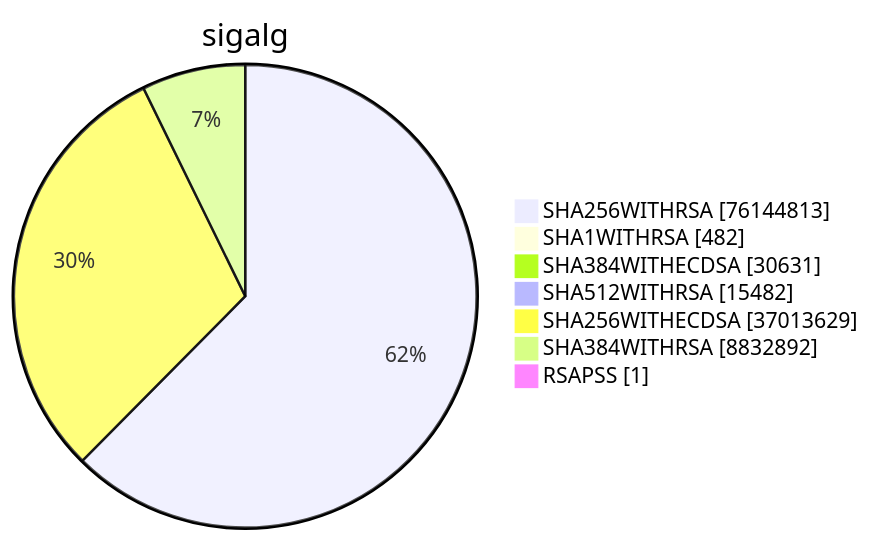
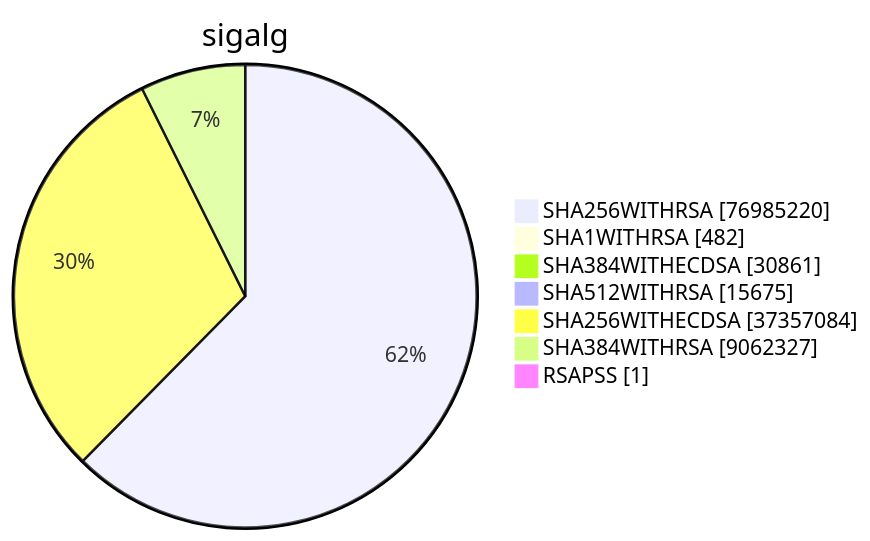
One commit to christiankrug/ctmonitor_visualization changed diagram 15 of 15 in xenon2023/README.md. Above: the diagram before and after it, drawn with Mermaid. The commit also changed other lines of this file, not shown here.

````diff
--- a/xenon2023/README.md
+++ b/xenon2023/README.md
@@ -4555,11 +4562,11 @@
 ```mermaid
 pie showData
 title sigalg
-"SHA256WITHRSA" :76144813
+"SHA256WITHRSA" :76985220
 "SHA1WITHRSA" :482
-"SHA384WITHECDSA" :30631
-"SHA512WITHRSA" :15482
-"SHA256WITHECDSA" :37013629
-"SHA384WITHRSA" :8832892
+"SHA384WITHECDSA" :30861
+"SHA512WITHRSA" :15675
+"SHA256WITHECDSA" :37357084
+"SHA384WITHRSA" :9062327
 "RSAPSS" :1
 ```
````
